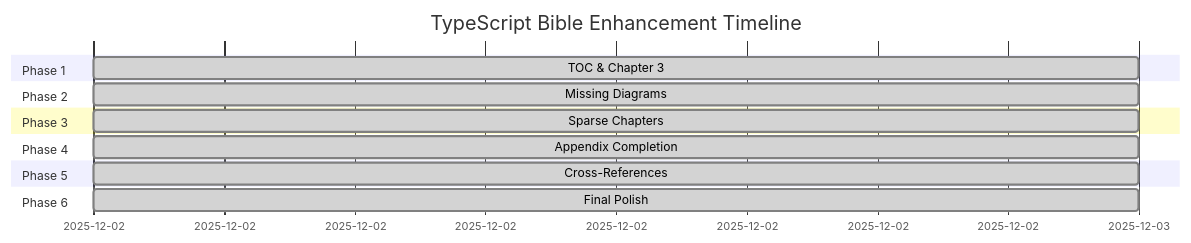
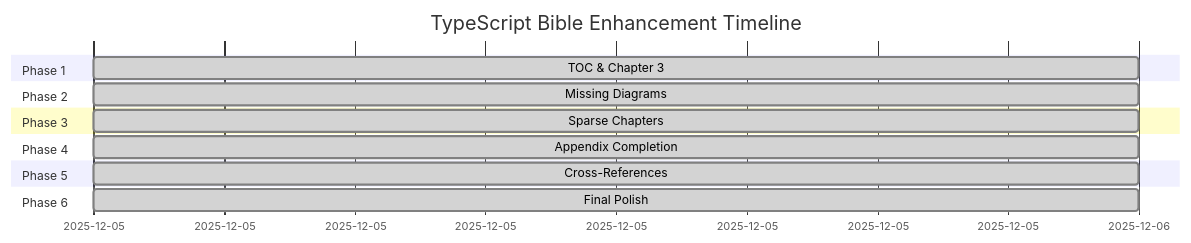
Before and after one commit to cseek11/VeroSuite: the diagram in docs/reference/Programming Bibles/Planning/Bible Preprocessing System Plan.md, drawn with Mermaid. The commit also changed other lines of this file and 2286 other files, not shown here.

````diff
--- a/docs/reference/Programming Bibles/Planning/Bible Preprocessing System Plan.md
+++ b/docs/reference/Programming Bibles/Planning/Bible Preprocessing System Plan.md
@@ -269,17 +269,17 @@
 ```mermaid
 gantt
     title TypeScript Bible Enhancement Timeline
     dateFormat  YYYY-MM-DD
     section Phase 1
-    TOC & Chapter 3      :done, p1, 2025-12-02, 1d
+    TOC & Chapter 3      :done, p1, 2025-12-05, 1d
     section Phase 2
-    Missing Diagrams     :done, p2, 2025-12-02, 1d
+    Missing Diagrams     :done, p2, 2025-12-05, 1d
     section Phase 3
-    Sparse Chapters      :done, p3, 2025-12-02, 1d
+    Sparse Chapters      :done, p3, 2025-12-05, 1d
     section Phase 4
-    Appendix Completion  :done, p4, 2025-12-02, 1d
+    Appendix Completion  :done, p4, 2025-12-05, 1d
     section Phase 5
-    Cross-References     :done, p5, 2025-12-02, 1d
+    Cross-References     :done, p5, 2025-12-05, 1d
     section Phase 6
-    Final Polish         :done, p6, 2025-12-02, 1d
+    Final Polish         :done, p6, 2025-12-05, 1d
 ```
````
